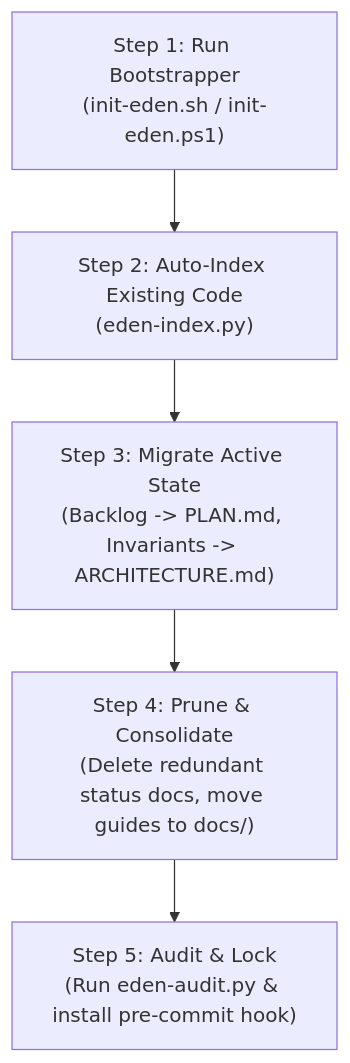
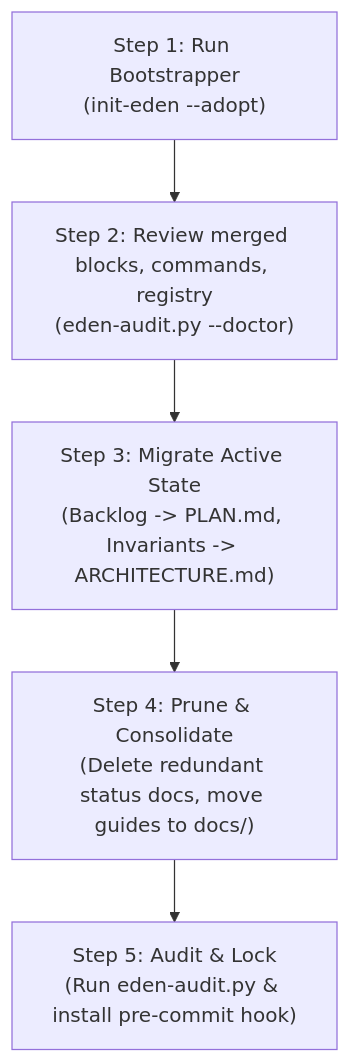
Before and after one commit to TrialBlazer23/E.D.E.N.-Protocol: the diagram in docs/MIGRATION_GUIDE.md, drawn with Mermaid. The commit also changed other lines of this file and 26 other files, not shown here.

First line of the commit message:
feat: adopt mode with EDEN merge markers, per-tool stop hook, shared skills, command detection (#2)

````diff
--- a/docs/MIGRATION_GUIDE.md
+++ b/docs/MIGRATION_GUIDE.md
@@ -19,7 +19,7 @@
 ```mermaid
 flowchart TD
-    S1["Step 1: Run Bootstrapper<br/>(init-eden.sh / init-eden.ps1)"] --> S2["Step 2: Auto-Index Existing Code<br/>(eden-index.py)"]
+    S1["Step 1: Run Bootstrapper<br/>(init-eden --adopt)"] --> S2["Step 2: Review merged blocks, commands, registry<br/>(eden-audit.py --doctor)"]
     S2 --> S3["Step 3: Migrate Active State<br/>(Backlog -> PLAN.md, Invariants -> ARCHITECTURE.md)"]
     S3 --> S4["Step 4: Prune & Consolidate<br/>(Delete redundant status docs, move guides to docs/)"]
     S4 --> S5["Step 5: Audit & Lock<br/>(Run eden-audit.py & install pre-commit hook)"]
 ```
````
